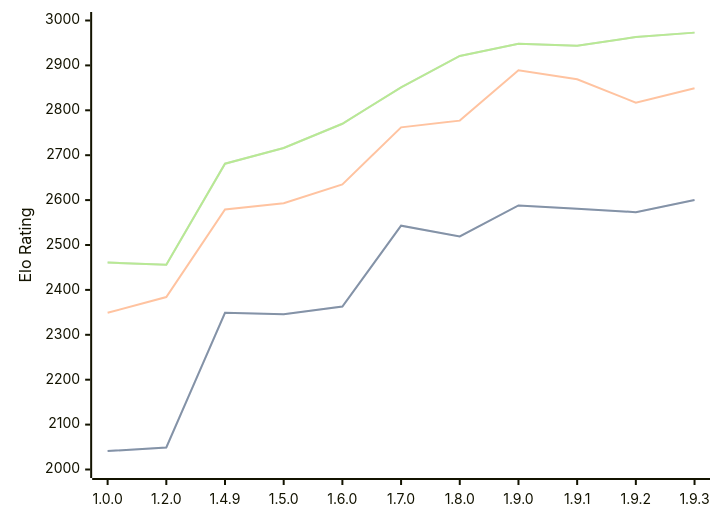
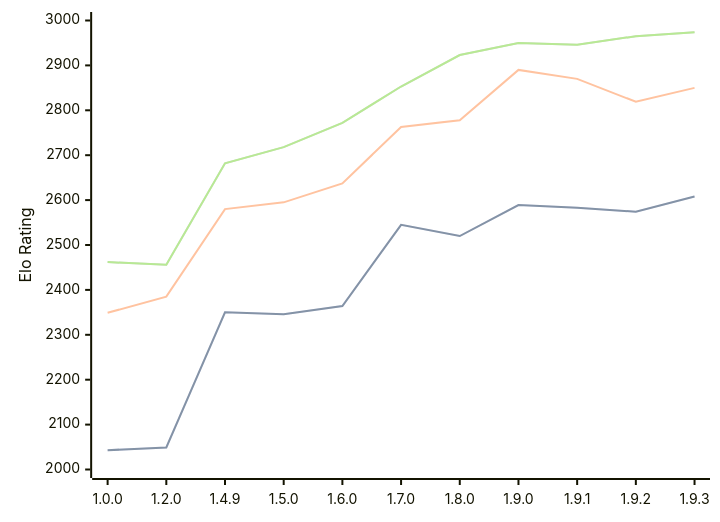
Before and after one commit to computer-chess-index/cci: the diagram in engines/Basilisk.md, drawn with Mermaid. The commit also changed other lines of this file, not shown here.

Commit message:
Update CCI Ratings (ELO VLTC) - 2026-09-01

````diff
--- a/engines/Basilisk.md
+++ b/engines/Basilisk.md
@@ -54,11 +54,11 @@
 ```mermaid
 %%{init: {"theme":"base","themeVariables":{"seriesColors:['#a3a3a3','#222221','#faa371']}}}%%
 xychart-beta
   x-axis ["1.0.0", "1.2.0", "1.4.9", "1.5.0", "1.6.0", "1.7.0", "1.8.0", "1.9.0", "1.9.1", "1.9.2", "1.9.3"]
   y-axis "Elo Rating" 2000 --> 3000
-  line "" [2041, 2049, 2349, 2346, 2363, 2543, 2519, 2588, 2581, 2573, 2600]
-  line "STC (8.0+0.08s)" [2041, 2049, 2349, 2346, 2363, 2543, 2519, 2588, 2581, 2573, 2600]
-  line "LTC (60.0+0.60s)" [2349, 2384, 2579, 2593, 2635, 2762, 2777, 2889, 2869, 2817, 2849]
-  line "" [2461, 2456, 2681, 2716, 2770, 2851, 2921, 2948, 2944, 2963, 2973]
-  line "VLTC (2m24s+1.12s)" [2461, 2456, 2681, 2716, 2770, 2851, 2921, 2948, 2944, 2963, 2973]
+  line "" [2043, 2049, 2350, 2346, 2364, 2545, 2520, 2589, 2583, 2574, 2608]
+  line "STC (8.0+0.08s)" [2043, 2049, 2350, 2346, 2364, 2545, 2520, 2589, 2583, 2574, 2608]
+  line "LTC (60.0+0.60s)" [2349, 2385, 2580, 2595, 2637, 2763, 2778, 2890, 2870, 2819, 2850]
+  line "" [2462, 2456, 2682, 2718, 2772, 2853, 2923, 2950, 2946, 2965, 2974]
+  line "VLTC (2m24s+1.12s)" [2462, 2456, 2682, 2718, 2772, 2853, 2923, 2950, 2946, 2965, 2974]
 ```
````
